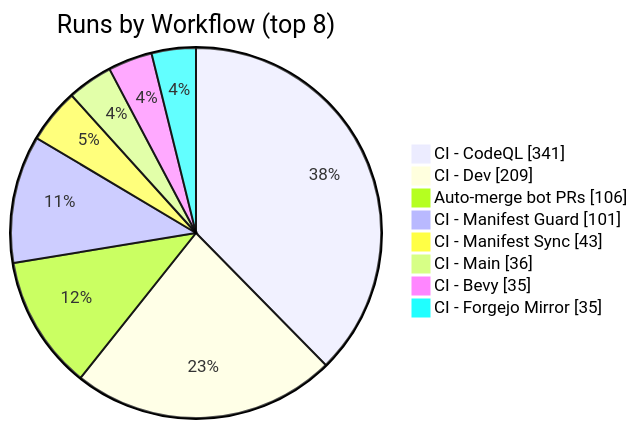
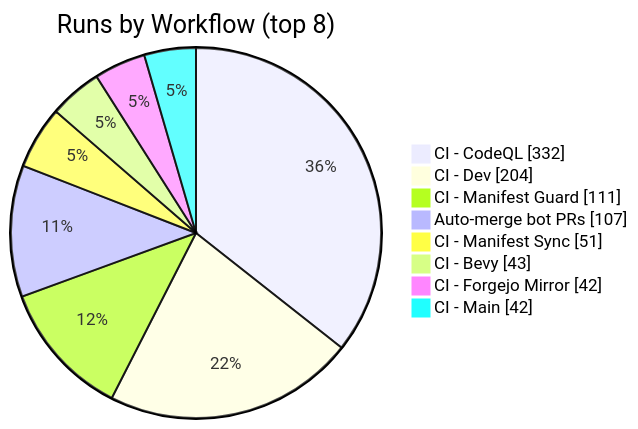
One commit to KBVE/kbve changed the second of 2 diagrams in apps/kbve/astro-kbve/src/content/docs/dashboard/ci-health.mdx. Above: the diagram before and after it, drawn with Mermaid. The commit also changed other lines of this file and 1 other file, not shown here.

````diff
--- a/apps/kbve/astro-kbve/src/content/docs/dashboard/ci-health.mdx
+++ b/apps/kbve/astro-kbve/src/content/docs/dashboard/ci-health.mdx
@@ -200,12 +200,12 @@
 ```mermaid
 pie showData
     title Runs by Workflow (top 8)
-    "CI - CodeQL" : 341
-    "CI - Dev" : 209
-    "Auto-merge bot PRs" : 106
-    "CI - Manifest Guard" : 101
-    "CI - Manifest Sync" : 43
-    "CI - Main" : 36
-    "CI - Bevy" : 35
-    "CI - Forgejo Mirror" : 35
+    "CI - CodeQL" : 332
+    "CI - Dev" : 204
+    "CI - Manifest Guard" : 111
+    "Auto-merge bot PRs" : 107
+    "CI - Manifest Sync" : 51
+    "CI - Bevy" : 43
+    "CI - Forgejo Mirror" : 42
+    "CI - Main" : 42
 ```
````
